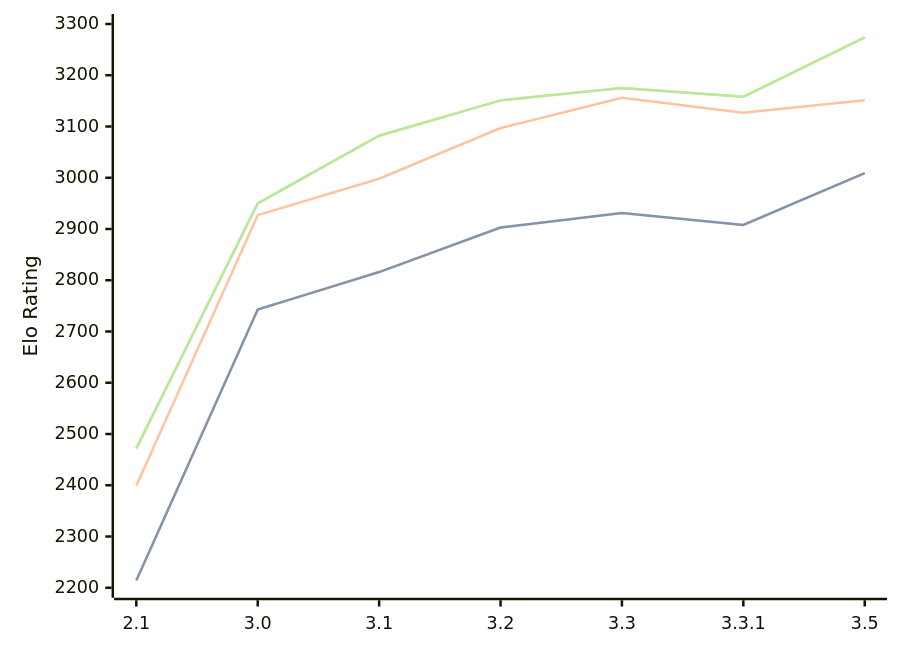
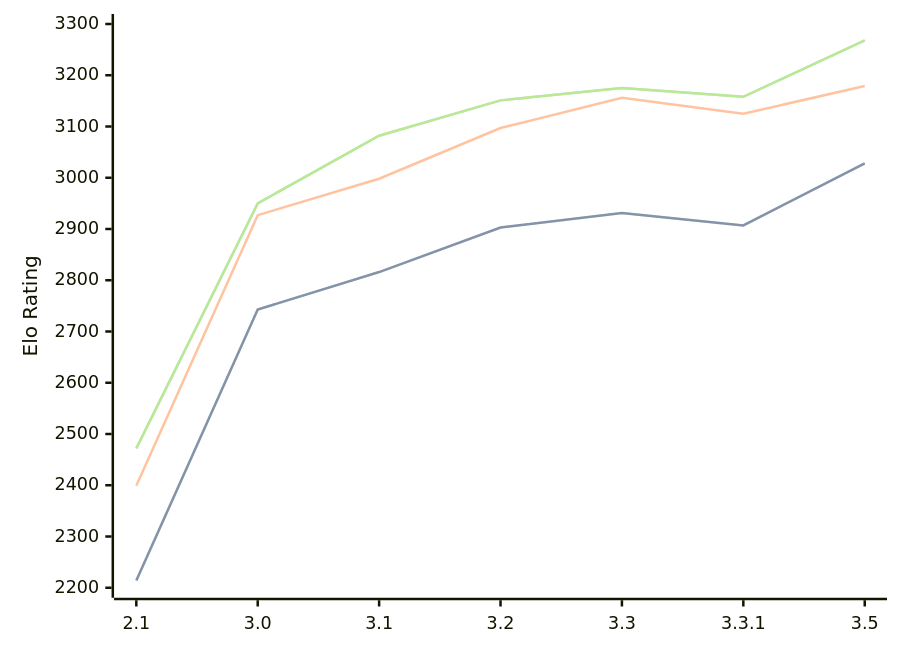
The diagram in engines/Petrel.md (computer-chess-index/cci), drawn with Mermaid before and after one commit. The commit also changed other lines of this file, not shown here.

Commit message:
Update CCI Ratings (ELO VLTC) - 2026-06-09

````diff
--- a/engines/Petrel.md
+++ b/engines/Petrel.md
@@ -46,11 +46,11 @@
 ```mermaid
 %%{init: {"theme":"base","themeVariables":{"seriesColors:['#a3a3a3','#222221','#faa371']}}}%%
 xychart-beta
   x-axis ["2.1", "3.0", "3.1", "3.2", "3.3", "3.3.1", "3.5"]
   y-axis "Elo Rating" 2200 --> 3300
-  line "STC (8.0+0.08s)" [2214, 2743, 2816, 2903, 2931, 2908, 3009]
-  line "STC (8.0+0.08s)" [2214, 2743, 2816, 2903, 2931, 2908, 3009]
-  line "LTC (60.0+0.60s)" [2399, 2927, 2998, 3097, 3156, 3127, 3151]
-  line "VLTC (2m24s+1.12s)" [2472, 2950, 3082, 3151, 3175, 3158, 3274]
-  line "VLTC (2m24s+1.12s)" [2472, 2950, 3082, 3151, 3175, 3158, 3274]
+  line "STC (8.0+0.08s)" [2214, 2743, 2816, 2903, 2931, 2907, 3028]
+  line "STC (8.0+0.08s)" [2214, 2743, 2816, 2903, 2931, 2907, 3028]
+  line "LTC (60.0+0.60s)" [2399, 2927, 2998, 3097, 3156, 3125, 3179]
+  line "VLTC (2m24s+1.12s)" [2472, 2950, 3082, 3151, 3175, 3158, 3268]
+  line "VLTC (2m24s+1.12s)" [2472, 2950, 3082, 3151, 3175, 3158, 3268]
 ```
````
